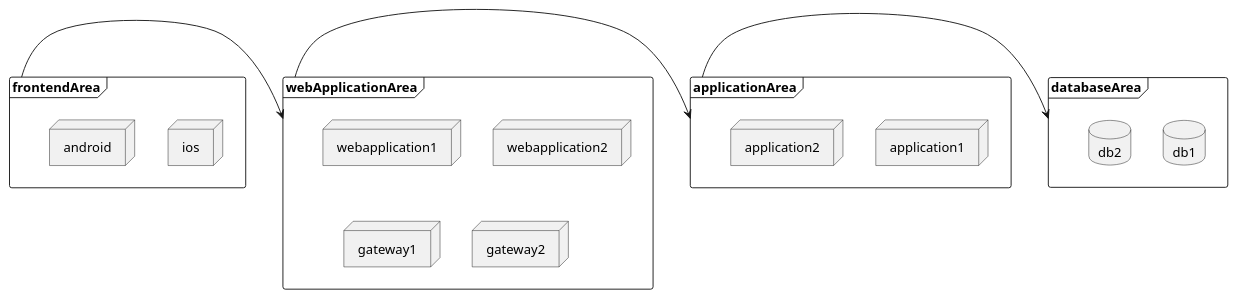
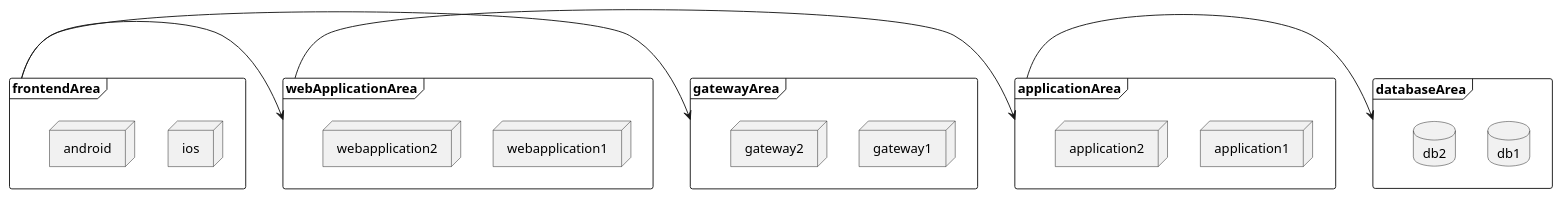
One commit to Wang-Ray/Wang-Ray.github.io changed the diagram in assets/plantuml/deploy.md. Above: the diagram before and after it, drawn with PlantUML.

Commit message:
add gateway area

````diff
--- a/assets/plantuml/deploy.md
+++ b/assets/plantuml/deploy.md
@@ -1,26 +1,29 @@
 ```plantuml
 @startuml
 frame frontendArea {
     node ios
     node android
 }
 frame webApplicationArea {
     node webapplication1
     node webapplication2
+}
+frame gatewayArea {
     node gateway1
     node gateway2
 }
 frame applicationArea {
     node application1
     node application2
 }
 frame databaseArea {
     database db1
     database db2
 }
 
 frontendArea -> webApplicationArea
+frontendArea -> gatewayArea
 webApplicationArea -> applicationArea
 applicationArea -> databaseArea
 @enduml
 ```
````
